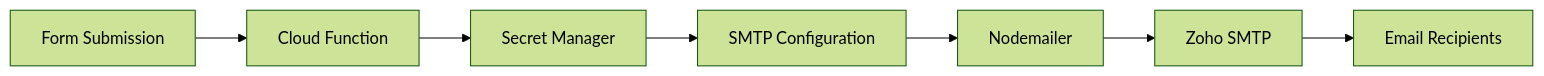
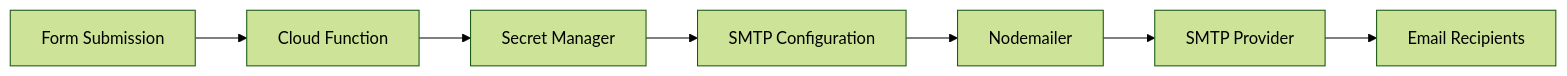
Before and after one commit to Sudhan30/my-portfolio-website: the fourth of 7 diagrams in ARCHITECTURE.md, drawn with Mermaid (forest theme). The commit also changed other lines of this file and 2 other files, not shown here.

````diff
--- a/ARCHITECTURE.md
+++ b/ARCHITECTURE.md
@@ -296,9 +296,9 @@
 ```mermaid
 graph LR
     A[Form Submission] --> B[Cloud Function]
     B --> C[Secret Manager]
     C --> D[SMTP Configuration]
     D --> E[Nodemailer]
-    E --> F[Zoho SMTP]
+    E --> F[SMTP Provider]
     F --> G[Email Recipients]
 ```
````
